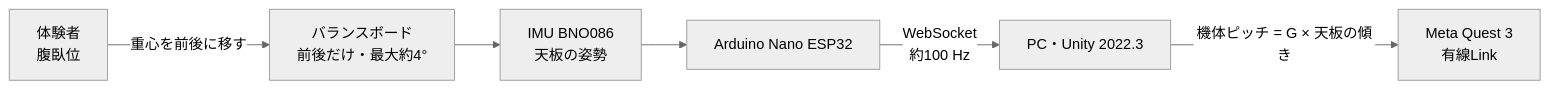
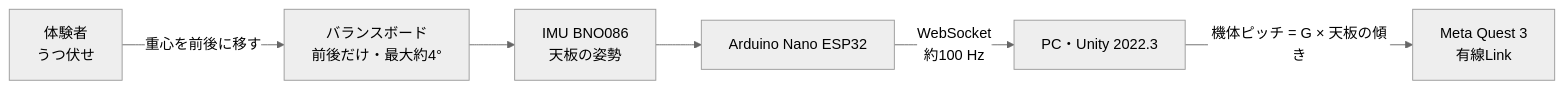
One commit to GoNakano/vr-glider-project-summary changed the diagram in README.md. Above: the diagram before and after it, drawn with Mermaid (neutral theme). The commit also changed other lines of this file and 1 other file, not shown here.

Commit message:
「腹ばい」を「うつ伏せ」に統一

````diff
--- a/README.md
+++ b/README.md
@@ -72,8 +72,8 @@
 ```mermaid
 flowchart LR
-  U[体験者<br>腹臥位] -->|重心を前後に移す| B[バランスボード<br>前後だけ・最大約4°]
+  U[体験者<br>うつ伏せ] -->|重心を前後に移す| B[バランスボード<br>前後だけ・最大約4°]
   B --> I[IMU BNO086<br>天板の姿勢]
   I --> M[Arduino Nano ESP32]
   M -->|WebSocket<br>約100 Hz| P[PC・Unity 2022.3]
   P -->|機体ピッチ = G × 天板の傾き| H[Meta Quest 3<br>有線Link]
 ```
````
